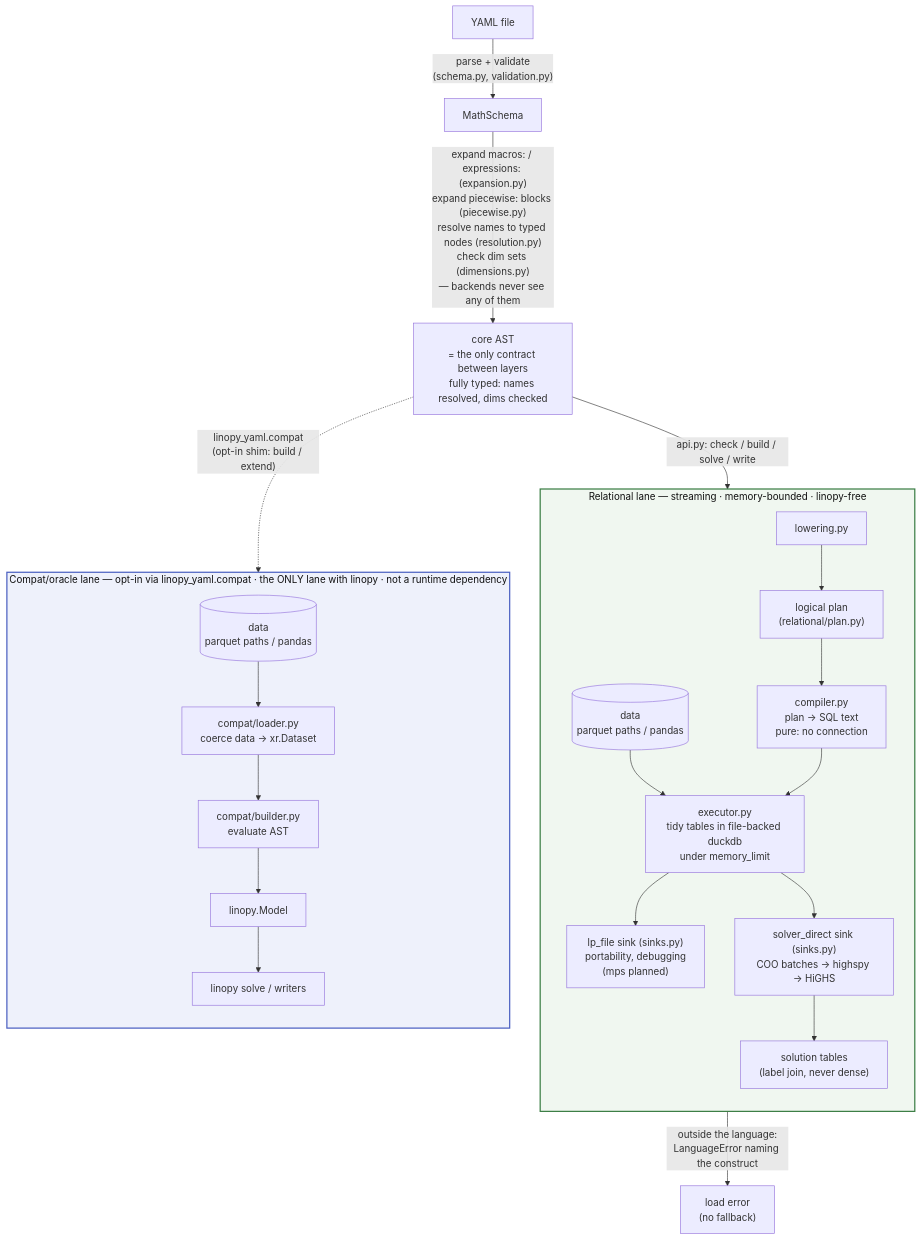
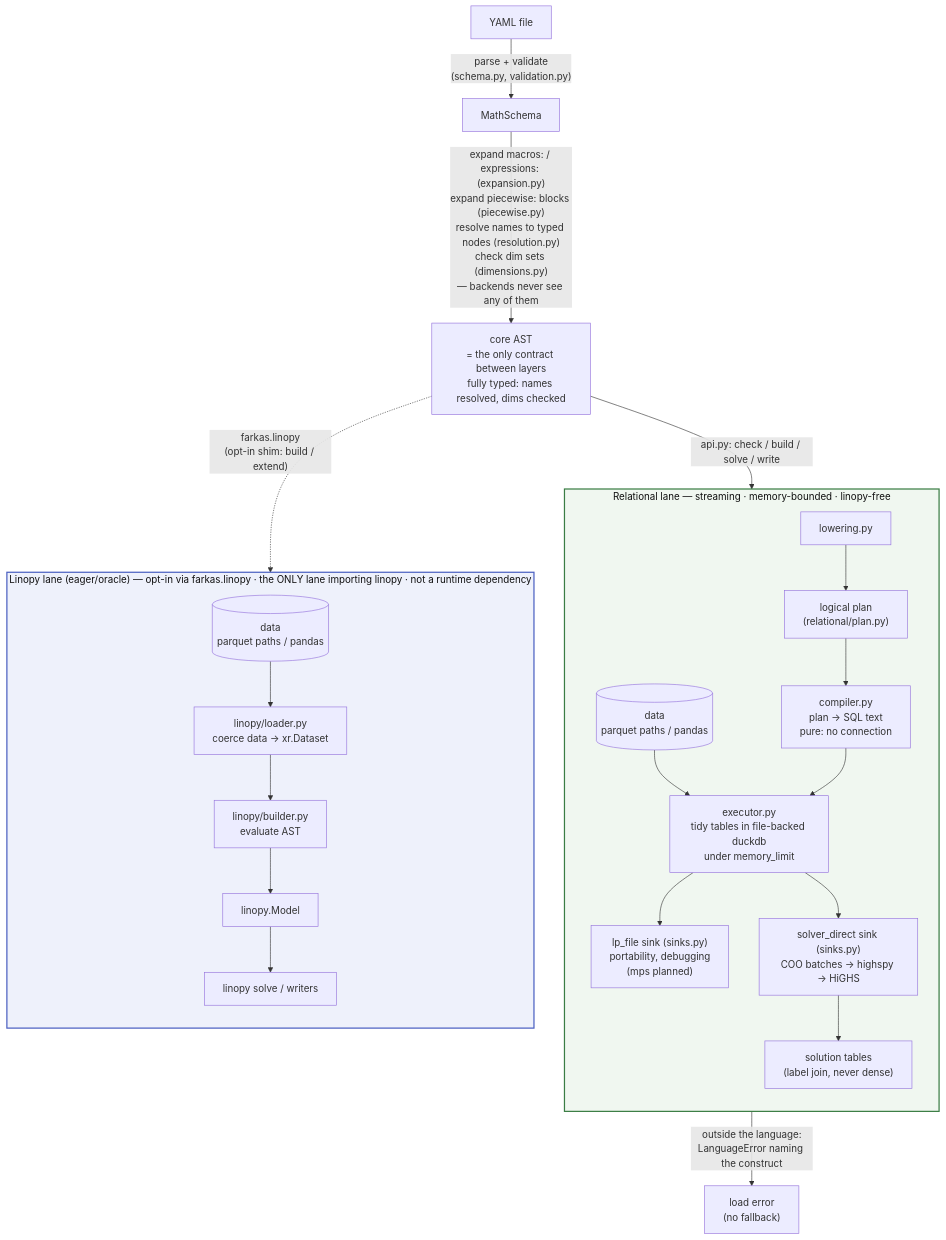
Before and after one commit to FBumann/farkas: the diagram in ARCHITECTURE.md, drawn with Mermaid. The commit also changed other lines of this file and 67 other files, not shown here.

````diff
--- a/ARCHITECTURE.md
+++ b/ARCHITECTURE.md
@@ -23,31 +23,31 @@
 ```mermaid
 flowchart TB
     Y[YAML file] -->|"parse + validate<br/>(schema.py, validation.py)"| MS[MathSchema]
     MS -->|"expand macros: / expressions: (expansion.py)<br/>expand piecewise: blocks (piecewise.py)<br/>resolve names to typed nodes (resolution.py)<br/>check dim sets (dimensions.py)<br/>— backends never see any of them"| AST["core AST<br/>= the only contract between layers<br/>fully typed: names resolved, dims checked"]
     AST -->|"api.py: check / build / solve / write"| LOWER
-    AST -.->|"linopy_yaml.compat<br/>(opt-in shim: build / extend)"| BUILD
+    AST -.->|"farkas.linopy<br/>(opt-in shim: build / extend)"| BUILD
     LOWER -->|"outside the language:<br/>LanguageError naming the construct"| ERR["load error<br/>(no fallback)"]
 
     subgraph REL["Relational lane — streaming · memory-bounded · linopy-free"]
         direction TB
         LOWER["lowering.py"] --> PLAN["logical plan<br/>(relational/plan.py)"]
         PLAN --> COMP["compiler.py<br/>plan → SQL text<br/>pure: no connection"]
         DR[("data<br/>parquet paths / pandas")] --> EXEC
         COMP --> EXEC["executor.py<br/>tidy tables in file-backed duckdb<br/>under memory_limit"]
         EXEC --> LPS["lp_file sink (sinks.py)<br/>portability, debugging<br/>(mps planned)"]
         EXEC --> DIRECT["solver_direct sink (sinks.py)<br/>COO batches → highspy → HiGHS"]
         DIRECT --> SOL["solution tables<br/>(label join, never dense)"]
     end
 
-    subgraph EAGER["Compat/oracle lane — opt-in via linopy_yaml.compat · the ONLY lane with linopy · not a runtime dependency"]
+    subgraph EAGER["Linopy lane (eager/oracle) — opt-in via farkas.linopy · the ONLY lane importing linopy · not a runtime dependency"]
         direction TB
-        DE[("data<br/>parquet paths / pandas")] --> LOAD["compat/loader.py<br/>coerce data → xr.Dataset"]
-        LOAD --> BUILD["compat/builder.py<br/>evaluate AST"]
+        DE[("data<br/>parquet paths / pandas")] --> LOAD["linopy/loader.py<br/>coerce data → xr.Dataset"]
+        LOAD --> BUILD["linopy/builder.py<br/>evaluate AST"]
         BUILD --> MODEL[linopy.Model] --> SOLVE["linopy solve / writers"]
     end
 
     classDef laneR fill:#f0f7f0,stroke:#3a7d44,stroke-width:2px,color:#111
     classDef laneE fill:#eef1fb,stroke:#4a5fc1,stroke-width:2px,color:#111
     class REL laneR
     class EAGER laneE
 ```
````
